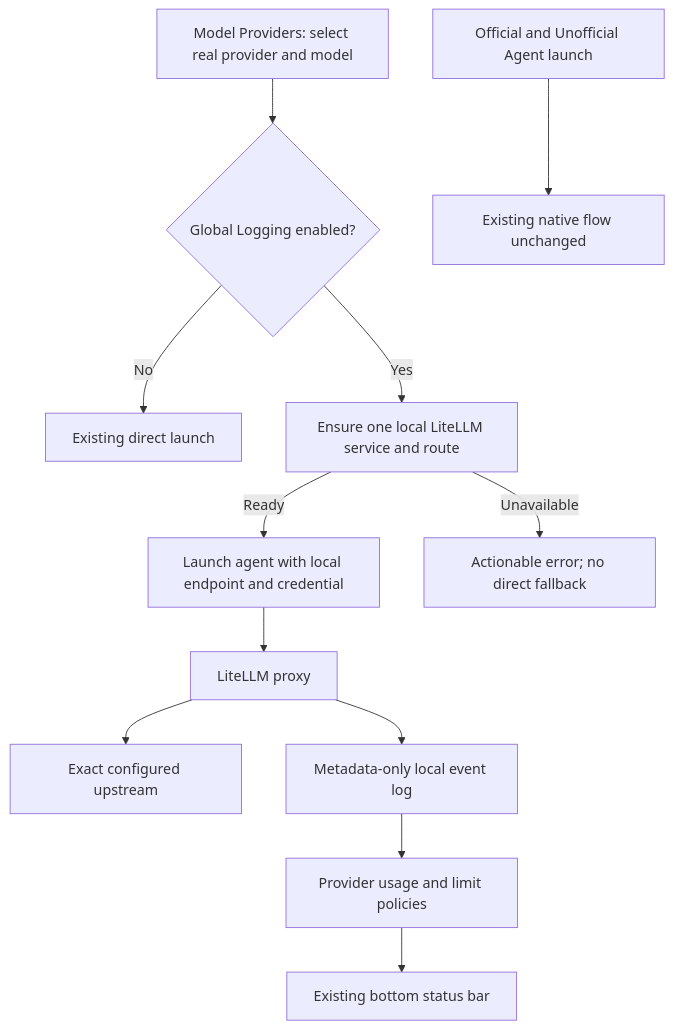
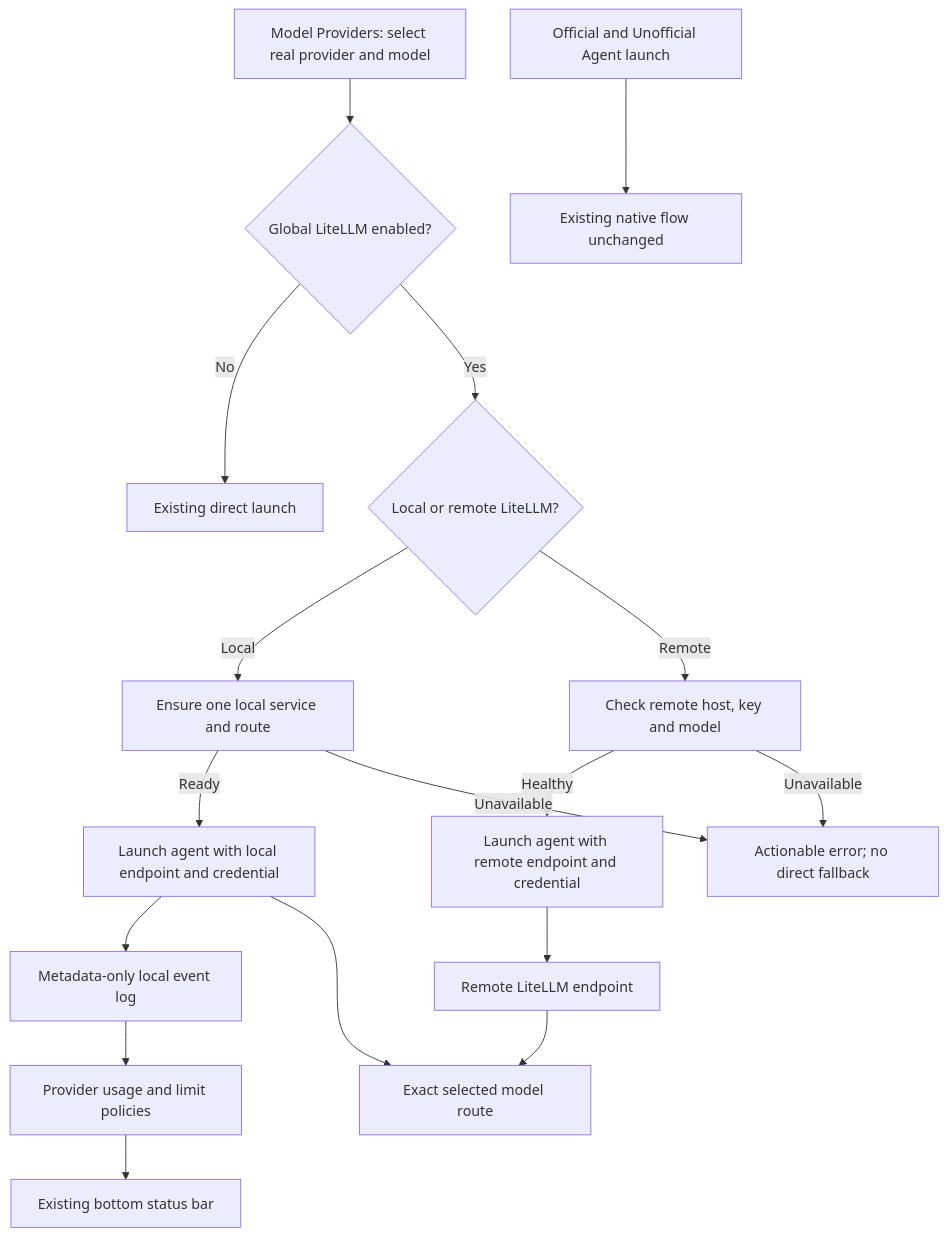
Before and after one commit to TonyPythoneer/herdr-my-orca: the diagram in docs/designs/litellm-local-provider-observability.md, drawn with Mermaid. The commit also changed other lines of this file and 15 other files, not shown here.

First line of the commit message:
feat: guide LiteLLM routing from global agent settings

````diff
--- a/docs/designs/litellm-local-provider-observability.md
+++ b/docs/designs/litellm-local-provider-observability.md
@@ -24,14 +26,19 @@
 ```mermaid
 flowchart TD
-  A[Model Providers: select real provider and model] --> B{Global Logging enabled?}
+  A[Model Providers: select real provider and model] --> B{Global LiteLLM enabled?}
   B -->|No| C[Existing direct launch]
-  B -->|Yes| D[Ensure one local LiteLLM service and route]
-  D -->|Ready| E[Launch agent with local endpoint and credential]
-  D -->|Unavailable| F[Actionable error; no direct fallback]
-  E --> G[LiteLLM proxy]
-  G --> H[Exact configured upstream]
+  B -->|Yes| D{Local or remote LiteLLM?}
+  D -->|Local| E[Ensure one local service and route]
+  D -->|Remote| R[Check remote host, key and model]
+  E -->|Ready| G[Launch agent with local endpoint and credential]
+  R -->|Healthy| H[Launch agent with remote endpoint and credential]
+  E -->|Unavailable| F[Actionable error; no direct fallback]
+  R -->|Unavailable| F
+  H --> V[Remote LiteLLM endpoint]
   G --> I[Metadata-only local event log]
-  I --> J[Provider usage and limit policies]
-  J --> K[Existing bottom status bar]
+  G --> J[Exact selected model route]
+  V --> J
+  I --> U[Provider usage and limit policies]
+  U --> K[Existing bottom status bar]
   L[Official and Unofficial Agent launch] --> M[Existing native flow unchanged]
 ```
````
